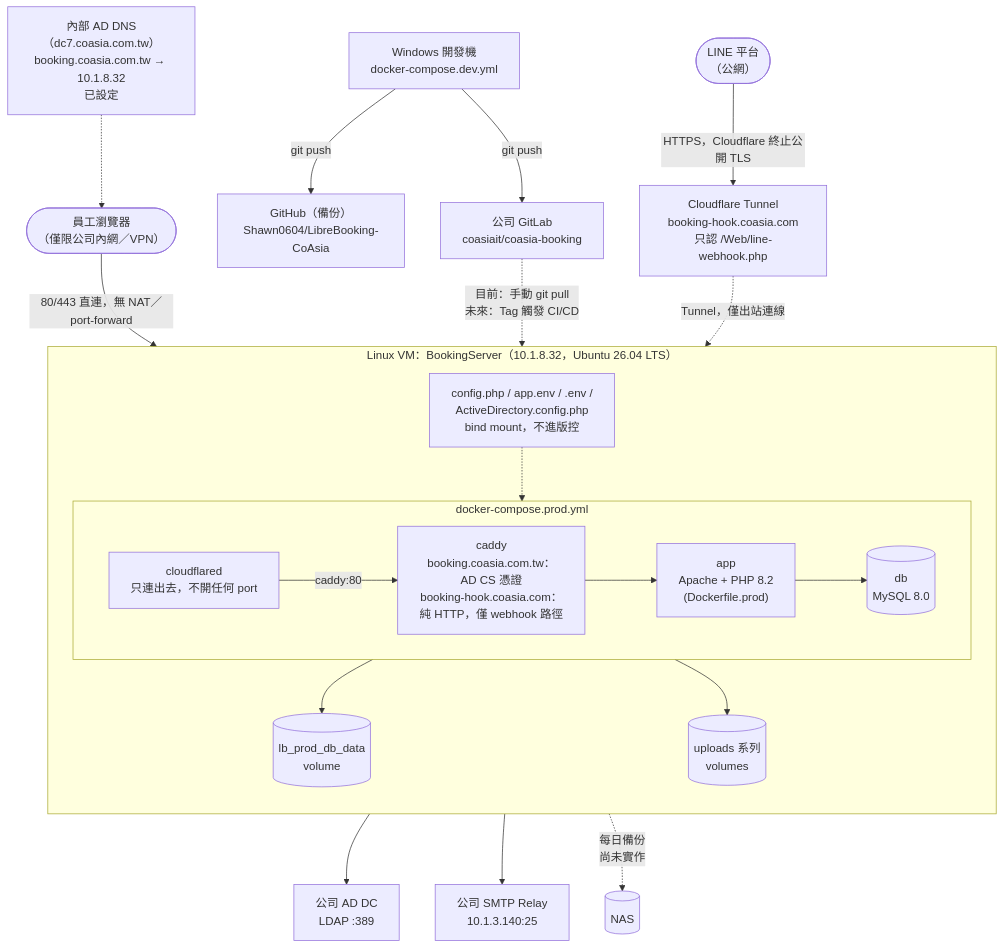
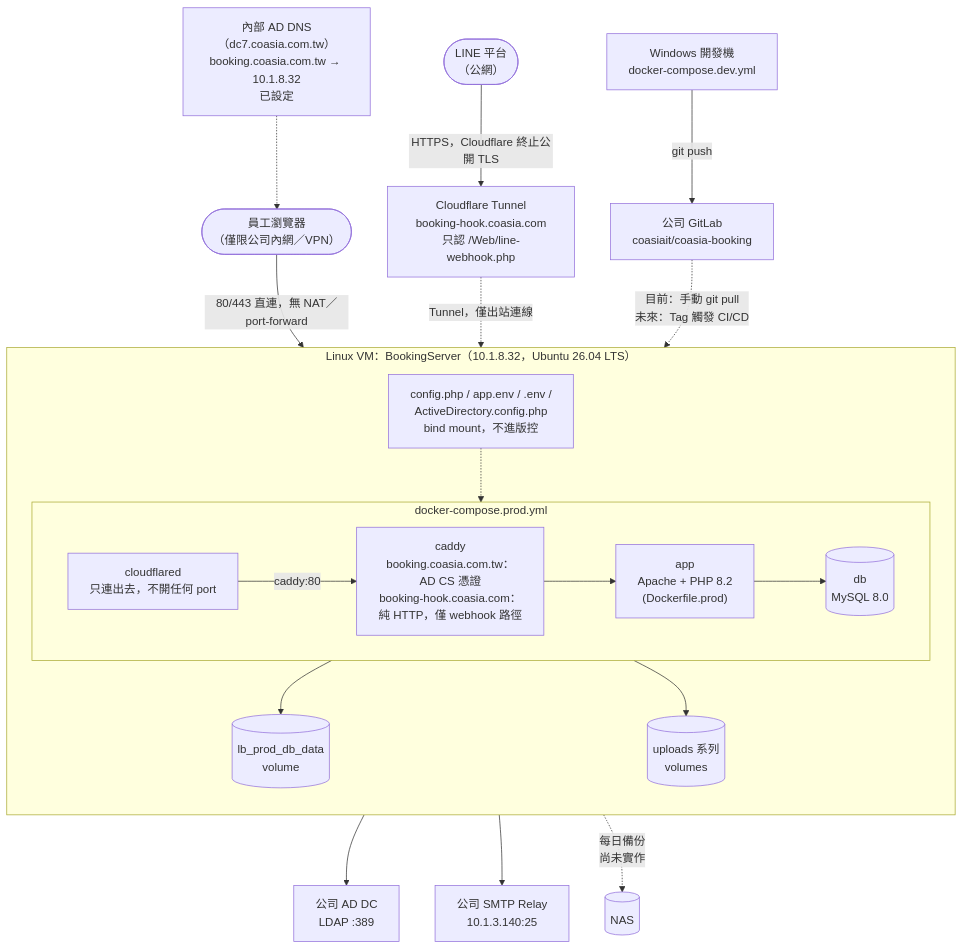
One commit to Shawn0604/LibreBooking-CoAsia changed the diagram in COASIA-DEPLOYMENT.md. Above: the diagram before and after it, drawn with Mermaid. The commit also changed other lines of this file and 2 other files, not shown here.

Commit message:
docs: remove personal GitHub references from repo docs

````diff
--- a/COASIA-DEPLOYMENT.md
+++ b/COASIA-DEPLOYMENT.md
@@ -36,41 +36,39 @@
 ```mermaid
 flowchart TD
     Dev["Windows 開發機<br/>docker-compose.dev.yml"]
-    GH["GitHub（備份）<br/>Shawn0604/LibreBooking-CoAsia"]
     GL["公司 GitLab<br/>coasiait/coasia-booking"]
     User(["員工瀏覽器<br/>（僅限公司內網／VPN）"])
     LINE(["LINE 平台<br/>（公網）"])
     CF["Cloudflare Tunnel<br/>booking-hook.coasia.com<br/>只認 /Web/line-webhook.php"]
 
-    Dev -->|git push| GH
     Dev -->|git push| GL
     GL -.->|"目前：手動 git pull<br/>未來：Tag 觸發 CI/CD"| VM
 
     subgraph VM["Linux VM：BookingServer（10.1.8.32，Ubuntu 26.04 LTS）"]
         direction TB
         subgraph Compose["docker-compose.prod.yml"]
             direction LR
             Caddy["caddy<br/>booking.coasia.com.tw：AD CS 憑證<br/>booking-hook.coasia.com：純 HTTP，僅 webhook 路徑"]
             App["app<br/>Apache + PHP 8.2<br/>(Dockerfile.prod)"]
             DB[("db<br/>MySQL 8.0")]
             Cloudflared["cloudflared<br/>只連出去，不開任何 port"]
             Caddy --> App --> DB
             Cloudflared -->|"caddy:80"| Caddy
         end
         DBVol[("lb_prod_db_data<br/>volume")]
         UploadVol[("uploads 系列<br/>volumes")]
         Secrets["config.php / app.env / .env /<br/>ActiveDirectory.config.php<br/>bind mount，不進版控"]
         DB --> DBVol
         App --> UploadVol
         Secrets -.-> App
     end
 
     DNS["內部 AD DNS（dc7.coasia.com.tw）<br/>booking.coasia.com.tw → 10.1.8.32<br/>已設定"] -.-> User
     User -->|"80/443 直連，無 NAT／port-forward"| Caddy
     LINE -->|"HTTPS，Cloudflare 終止公開 TLS"| CF
     CF -.->|"Tunnel，僅出站連線"| Cloudflared
 
     App --> DC["公司 AD DC<br/>LDAP :389"]
     App --> SMTP["公司 SMTP Relay<br/>10.1.3.140:25"]
     DBVol -.->|"每日備份<br/>尚未實作"| NAS[("NAS")]
 ```
````
